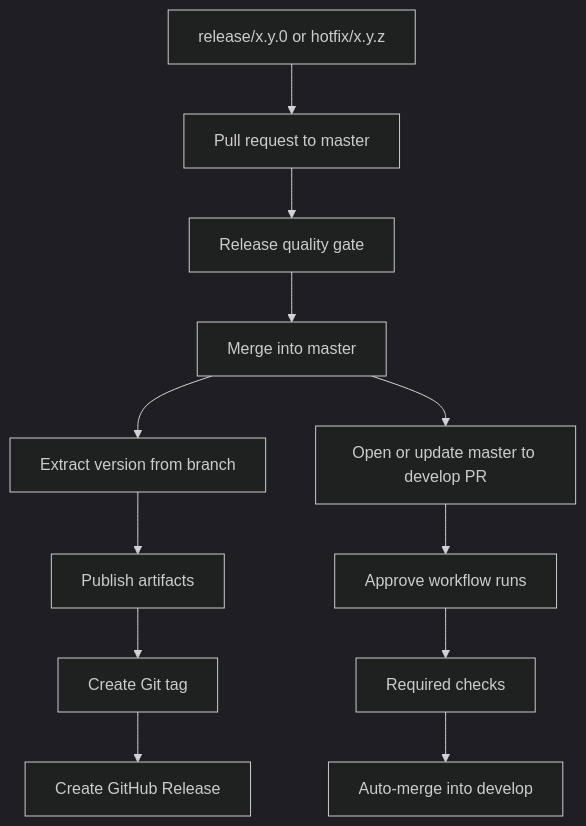
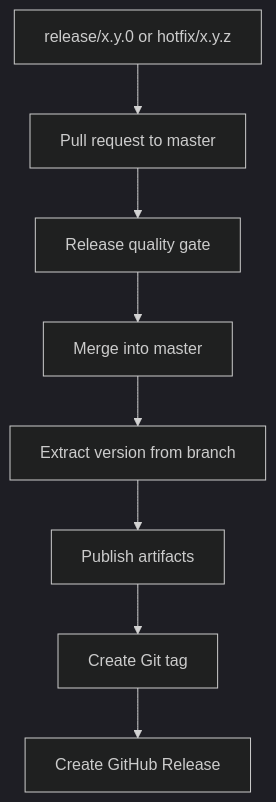
The diagram in docs/ecosystem/gitflow.md (matheus-corregiari/arch-toolkit), drawn with Mermaid (dark theme) before and after one commit. The commit also changed other lines of this file and 8 other files, not shown here.

Commit message:
chore(ci): adopt master-only flow

````diff
--- a/docs/ecosystem/gitflow.md
+++ b/docs/ecosystem/gitflow.md
@@ -144,14 +139,10 @@
 ```mermaid
 flowchart TD
     A["release/x.y.0 or hotfix/x.y.z"] --> B["Pull request to master"]
     B --> C["Release quality gate"]
     C --> D["Merge into master"]
-    D --> E["Extract version from branch"]
-    E --> F["Publish artifacts"]
-    F --> G["Create Git tag"]
-    G --> H["Create GitHub Release"]
-    D --> I["Open or update master to develop PR"]
-    I --> J["Approve workflow runs"]
-    J --> K["Required checks"]
-    K --> L["Auto-merge into develop"]
+D --> E["Extract version from branch"]
+E --> F["Publish artifacts"]
+F --> G["Create Git tag"]
+G --> H["Create GitHub Release"]
 ```
````
